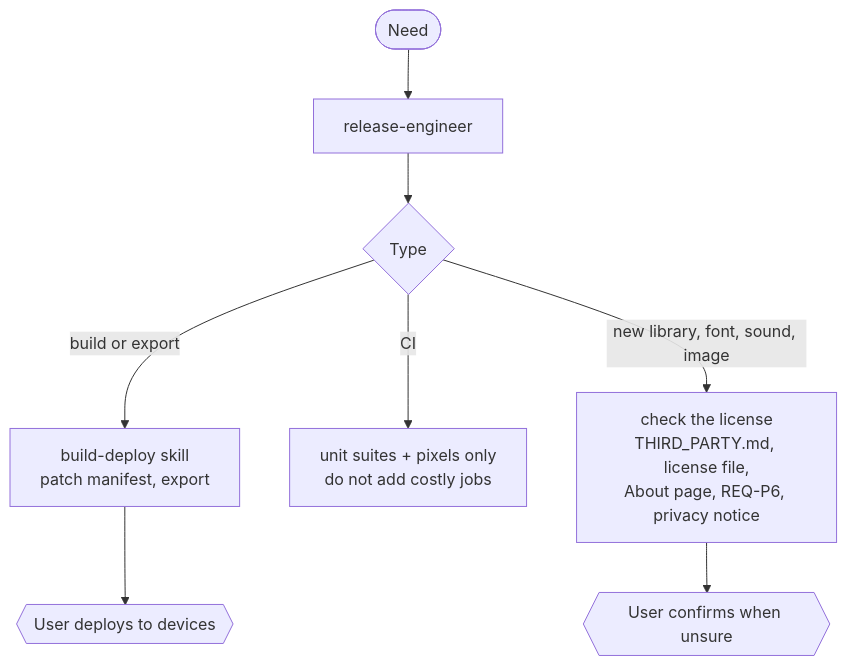
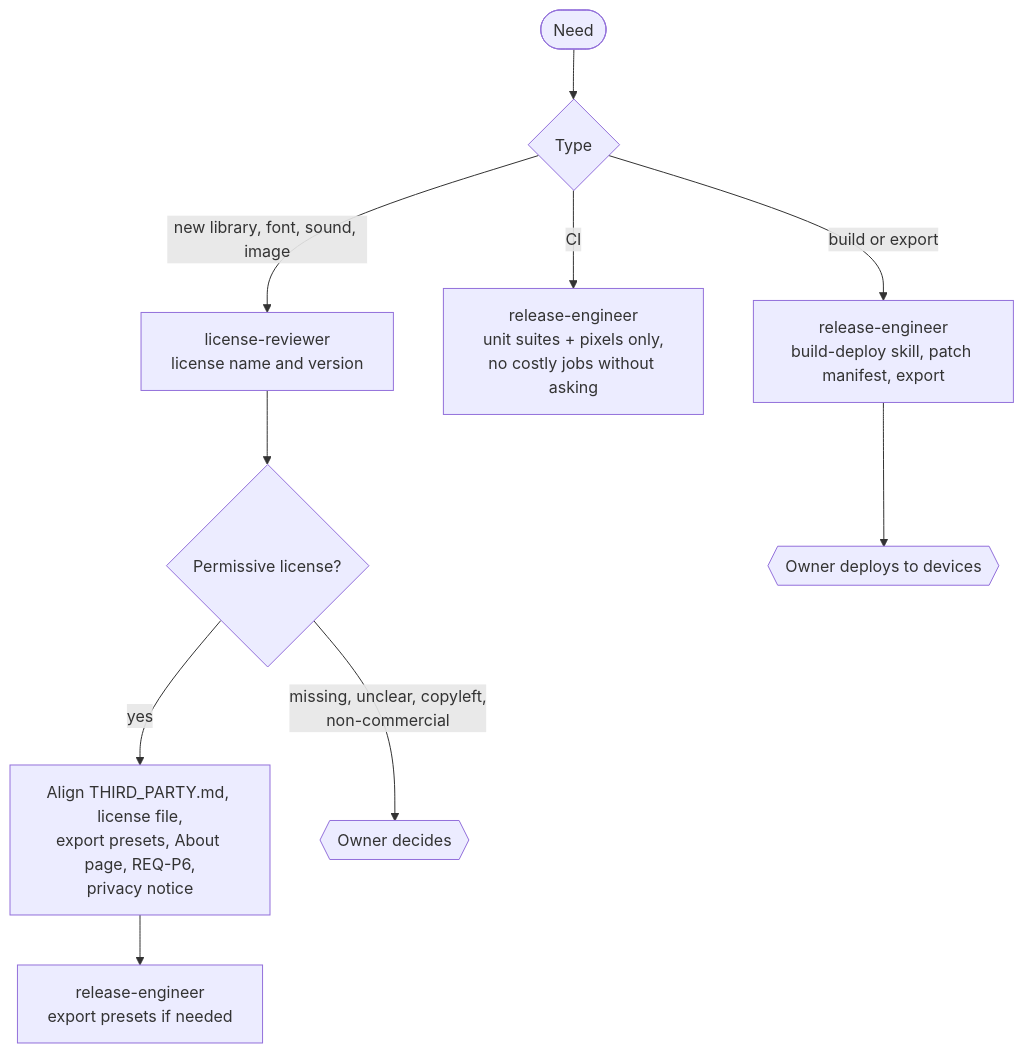
One commit to alonzo86/remote-play changed the eighth of 8 diagrams in docs/AGENTS.md. Above: the diagram before and after it, drawn with Mermaid. The commit also changed other lines of this file, not shown here.

First line of the commit message:
Agent diagrams follow the new review and merge rules (license-reviewer, tiebreaker, auto merge)

````diff
--- a/docs/AGENTS.md
+++ b/docs/AGENTS.md
@@ -135,10 +168,12 @@
 ```mermaid
 flowchart TD
-    N([Need]) --> RE[release-engineer]
-    RE --> T{Type}
-    T -- build or export --> B[build-deploy skill<br/>patch manifest, export]
-    T -- CI --> C[unit suites + pixels only<br/>do not add costly jobs]
-    T -- new library, font, sound, image --> L[check the license<br/>THIRD_PARTY.md, license file,<br/>About page, REQ-P6, privacy notice]
-    L --> U1{{User confirms when unsure}}
-    B --> U2{{User deploys to devices}}
+    N([Need]) --> T{Type}
+    T -- build or export --> RE[release-engineer<br/>build-deploy skill, patch manifest, export]
+    T -- CI --> C[release-engineer<br/>unit suites + pixels only,<br/>no costly jobs without asking]
+    T -- new library, font, sound, image --> LR[license-reviewer<br/>license name and version]
+    LR --> P{Permissive license?}
+    P -- yes --> AL[Align THIRD_PARTY.md, license file,<br/>export presets, About page, REQ-P6,<br/>privacy notice]
+    AL --> RE2[release-engineer<br/>export presets if needed]
+    P -- missing, unclear, copyleft,<br/>non-commercial --> O{{Owner decides}}
+    RE --> O2{{Owner deploys to devices}}
 ```
````
